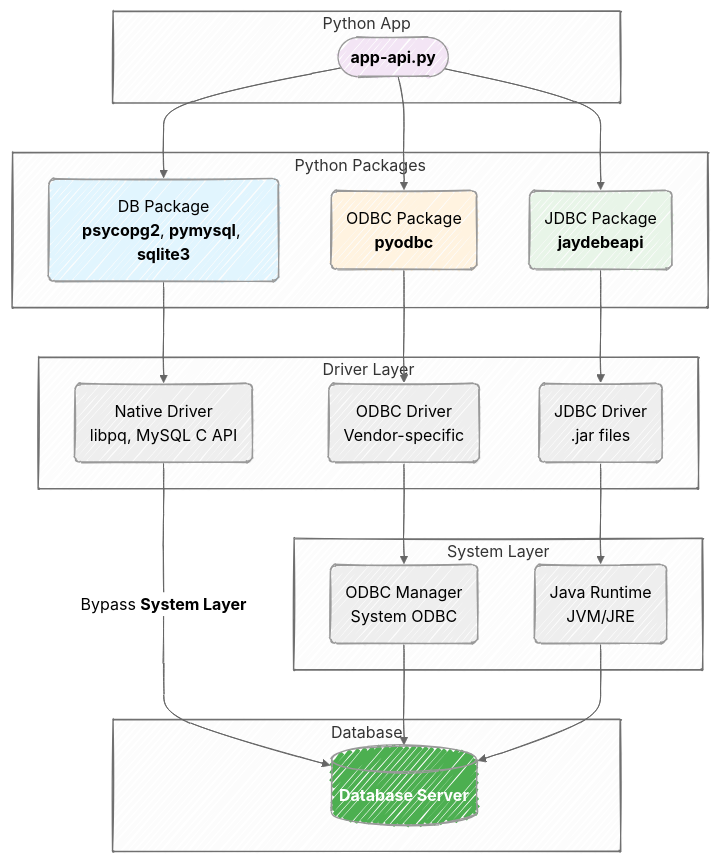
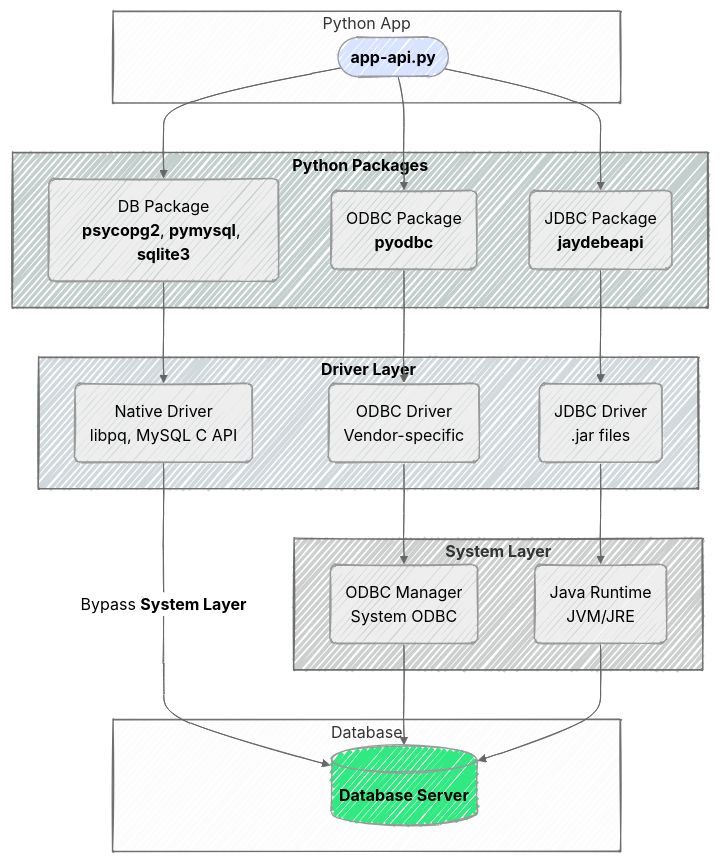
The first of 6 diagrams in lab3.qmd (mjfrigaard/do4ds-labs), drawn with Mermaid before and after one commit. The commit also changed other lines of this file and 38 other files, not shown here.

````diff
--- a/lab3.qmd
+++ b/lab3.qmd
@@ -58,54 +58,63 @@
 ```{mermaid}
 %%| fig-cap: 'Python DB Connections'
 %%| fig-align: center
 %%{init: {'theme': 'neutral', 'look': 'handDrawn', 'themeVariables': { 'fontFamily': 'monospace'}}}%%
 
 graph TB
     subgraph PyApp["Python App"]
         PyCode(["<strong>app-api.py</strong>"])
     end
+
+    style PyCode fill:#d8e4ff,color:#000
     
-    subgraph PyPkg["Python Packages"]
+    subgraph PyPkg["<strong>Python Packages</strong>"]
         DBPkg("DB Package<br/><strong>psycopg2</strong>, <strong>pymysql</strong>, <strong>sqlite3</strong>")
         ODBCPkg("ODBC Package<br/><strong>pyodbc</strong>")
         JDBCPkg("JDBC Package<br/><strong>jaydebeapi</strong>")
     end
     
-    subgraph Driver["Driver Layer"]
+    %%% Tints of #35605a
+    style PyPkg fill:#c2cfcd,color:#000
+
+    subgraph Driver["<strong>Driver Layer</strong>"]
         NatDrv("Native Driver<br/>libpq, MySQL C API")
         ODBCDrv("ODBC Driver<br/>Vendor-specific")
         JDBCDrv("JDBC Driver<br/>.jar files")
     end
+
+    %% Tints of #6b818c
+    style Driver fill:#d2d9dc,color:#000
     
-    subgraph System["System Layer"]
+    subgraph System["<strong>System Layer</strong>"]
         ODBCSys("ODBC Manager<br/>System ODBC")
         JAVASys("Java Runtime<br/>JVM/JRE")
     end
+
+    %% Tints of #00120b
+    style System fill:#cccfce
     
     subgraph DB["Database"]
         DBServ[("<strong>Database Server</strong>")]
     end
+
+    style DBServ fill:#31e981
     
     %% Direct pathway (bypasses system layer)
     PyCode --> DBPkg
     DBPkg --> NatDrv
     NatDrv --"`Bypass <strong>System Layer</strong>`"--> DBServ
     
     %% ODBC pathway
     PyCode --> ODBCPkg
     ODBCPkg --> ODBCDrv
     ODBCDrv --> ODBCSys
     ODBCSys --> DBServ
     
     %% JDBC pathway
     PyCode --> JDBCPkg
     JDBCPkg --> JDBCDrv
     JDBCDrv --> JAVASys
     JAVASys --> DBServ
     
-    style PyCode fill:#f3e5f5
-    style DBPkg fill:#e1f5fe
-    style ODBCPkg fill:#fff3e0
-    style JDBCPkg fill:#e8f5e8
-    style DBServ fill:#4caf50,color:#fff
+
 ```
````
